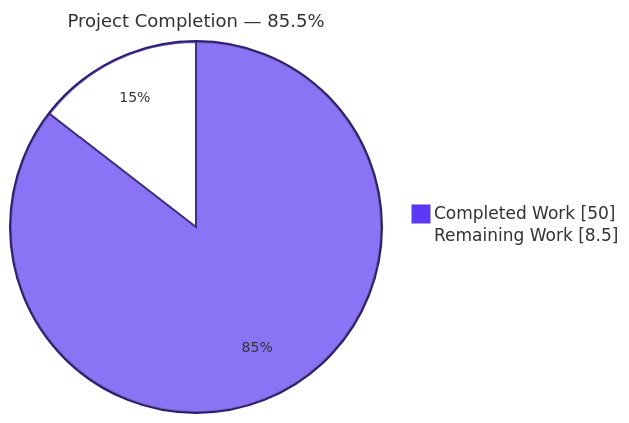
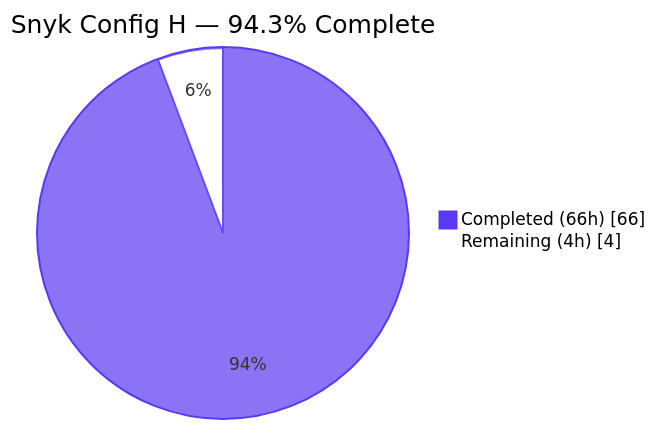
The first of 4 diagrams in blitzy/documentation/Project Guide.md (Blitzy-Sandbox/blitzy-cal), drawn with Mermaid before and after one commit. The commit also changed other lines of this file, not shown here.

Commit message:
Adding Blitzy Project Guide: Project Status and Human Tasks Remaining

````diff
--- a/blitzy/documentation/Project Guide.md
+++ b/blitzy/documentation/Project Guide.md
@@ -16,6 +11,6 @@
 ```mermaid
-%%{init: {'theme':'base','themeVariables':{'pie1':'#5B39F3','pie2':'#FFFFFF','pieStrokeColor':'#2D1C77','pieOuterStrokeColor':'#2D1C77','pieTitleTextSize':'18px','pieSectionTextSize':'14px'}}}%%
-pie showData title Project Completion — 85.5%
-    "Completed Work" : 50
-    "Remaining Work" : 8.5
+%%{init: {"themeVariables": {"pie1": "#5B39F3", "pie2": "#FFFFFF", "pieStrokeColor": "#5B39F3", "pieOuterStrokeColor": "#5B39F3"}}}%%
+pie showData title Snyk Config H — 94.3% Complete
+    "Completed (66h)" : 66
+    "Remaining (4h)" : 4
 ```
````
